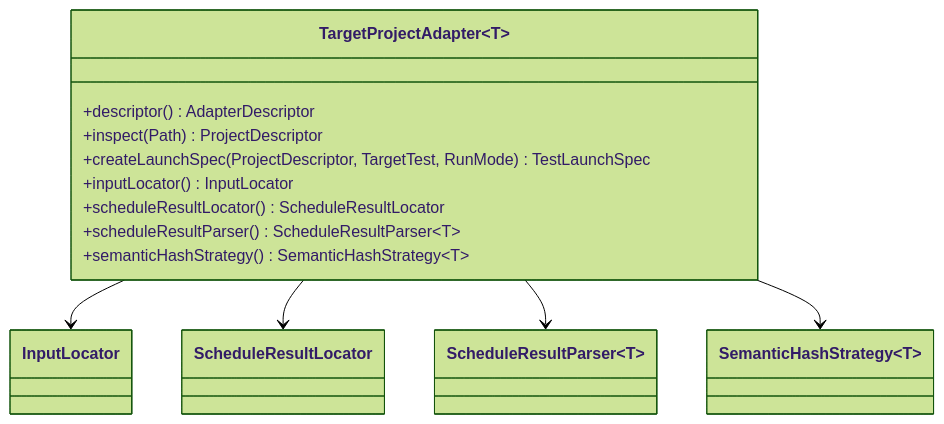
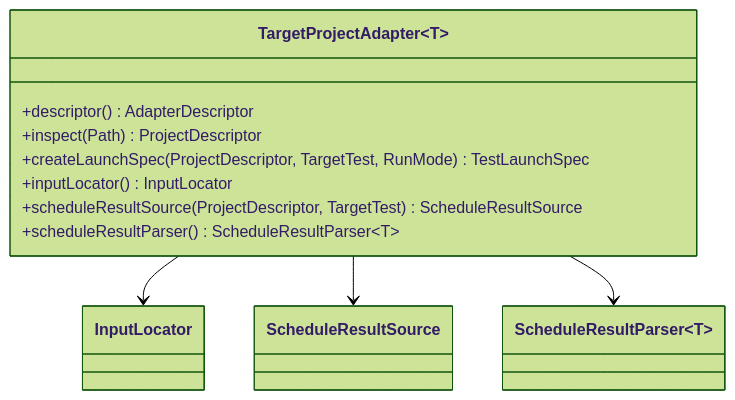
One commit to mh90901119-oss/algorithm-debug-agent changed the second of 2 diagrams in docs/designs/2026-08-10-adapter-sdk-design.md. Above: the diagram before and after it, drawn with Mermaid (forest theme). The commit also changed other lines of this file and 9 other files, not shown here.

````diff
--- a/docs/designs/2026-08-10-adapter-sdk-design.md
+++ b/docs/designs/2026-08-10-adapter-sdk-design.md
@@ -68,20 +71,17 @@
 ```mermaid
 classDiagram
     class TargetProjectAdapter~T~ {
       +descriptor() AdapterDescriptor
       +inspect(Path) ProjectDescriptor
       +createLaunchSpec(ProjectDescriptor, TargetTest, RunMode) TestLaunchSpec
       +inputLocator() InputLocator
-      +scheduleResultLocator() ScheduleResultLocator
+      +scheduleResultSource(ProjectDescriptor, TargetTest) ScheduleResultSource
       +scheduleResultParser() ScheduleResultParser~T~
-      +semanticHashStrategy() SemanticHashStrategy~T~
     }
     class InputLocator
-    class ScheduleResultLocator
+    class ScheduleResultSource
     class ScheduleResultParser~T~
-    class SemanticHashStrategy~T~
     TargetProjectAdapter --> InputLocator
-    TargetProjectAdapter --> ScheduleResultLocator
+    TargetProjectAdapter --> ScheduleResultSource
     TargetProjectAdapter --> ScheduleResultParser
-    TargetProjectAdapter --> SemanticHashStrategy
 ```
````
